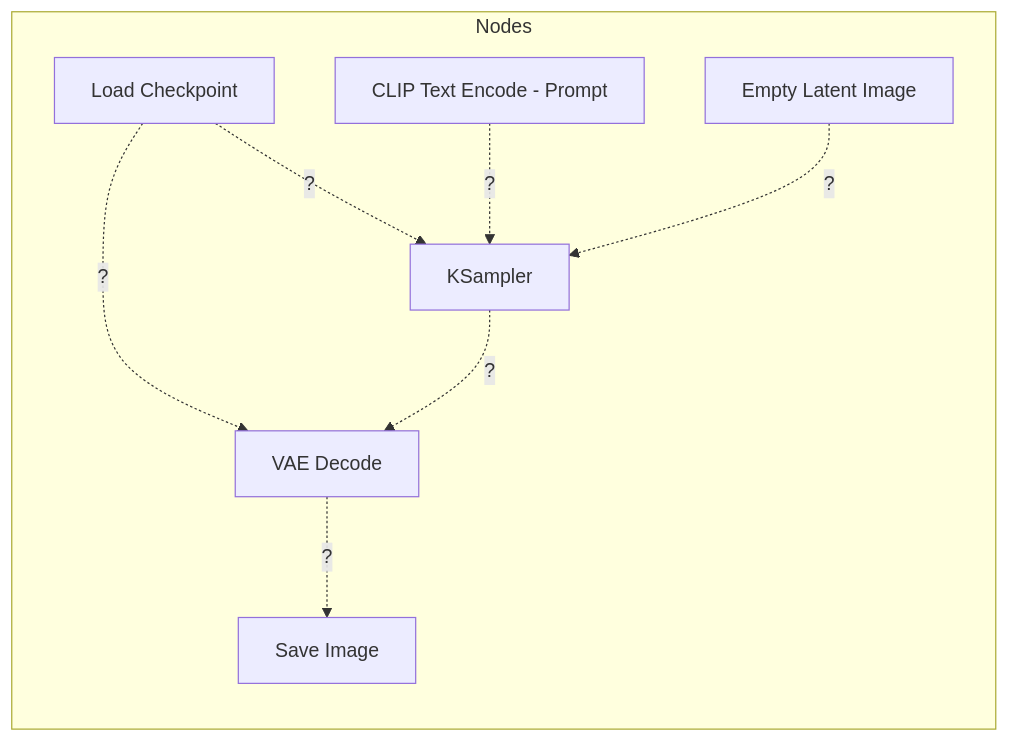
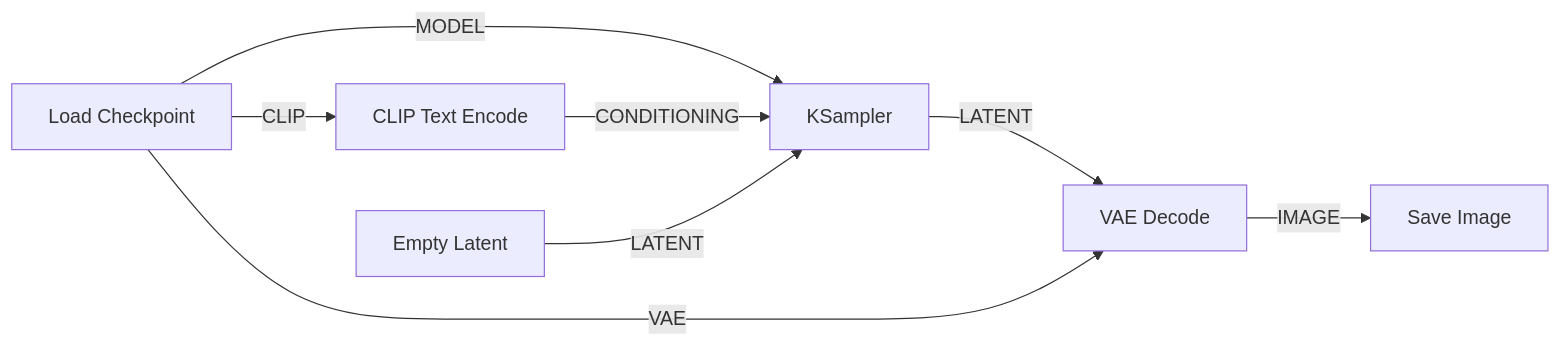
One commit to Aatricks/Atelier-IA changed the diagram in docs/comfyui.md. Above: the diagram before and after it, drawn with Mermaid. The commit also changed other lines of this file and 18 other files, not shown here.

````diff
--- a/docs/comfyui.md
+++ b/docs/comfyui.md
@@ -27,19 +54,17 @@
 ```mermaid
 graph LR
-    subgraph Nodes
-        A[Load Checkpoint]
-        B[CLIP Text Encode - Prompt]
-        C[Empty Latent Image]
-        D[KSampler]
-        E[VAE Decode]
-        F[Save Image]
-    end
+    CP[Load Checkpoint]
+    TE[CLIP Text Encode]
+    EL[Empty Latent]
+    KS[KSampler]
+    VD[VAE Decode]
+    SI[Save Image]
 
-    %% Représentation visuelle des connexions manquantes
-    A -. ? .-> D
-    B -. ? .-> D
-    C -. ? .-> D
-    D -. ? .-> E
-    A -. ? .-> E
-    E -. ? .-> F
+    CP -- MODEL --> KS
+    CP -- CLIP --> TE
+    TE -- CONDITIONING --> KS
+    EL -- LATENT --> KS
+    KS -- LATENT --> VD
+    CP -- VAE --> VD
+    VD -- IMAGE --> SI
 ```
````
